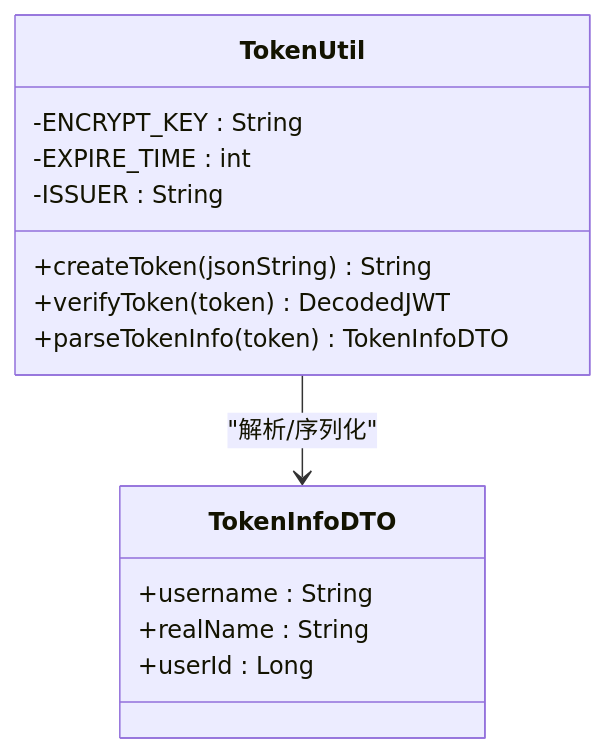
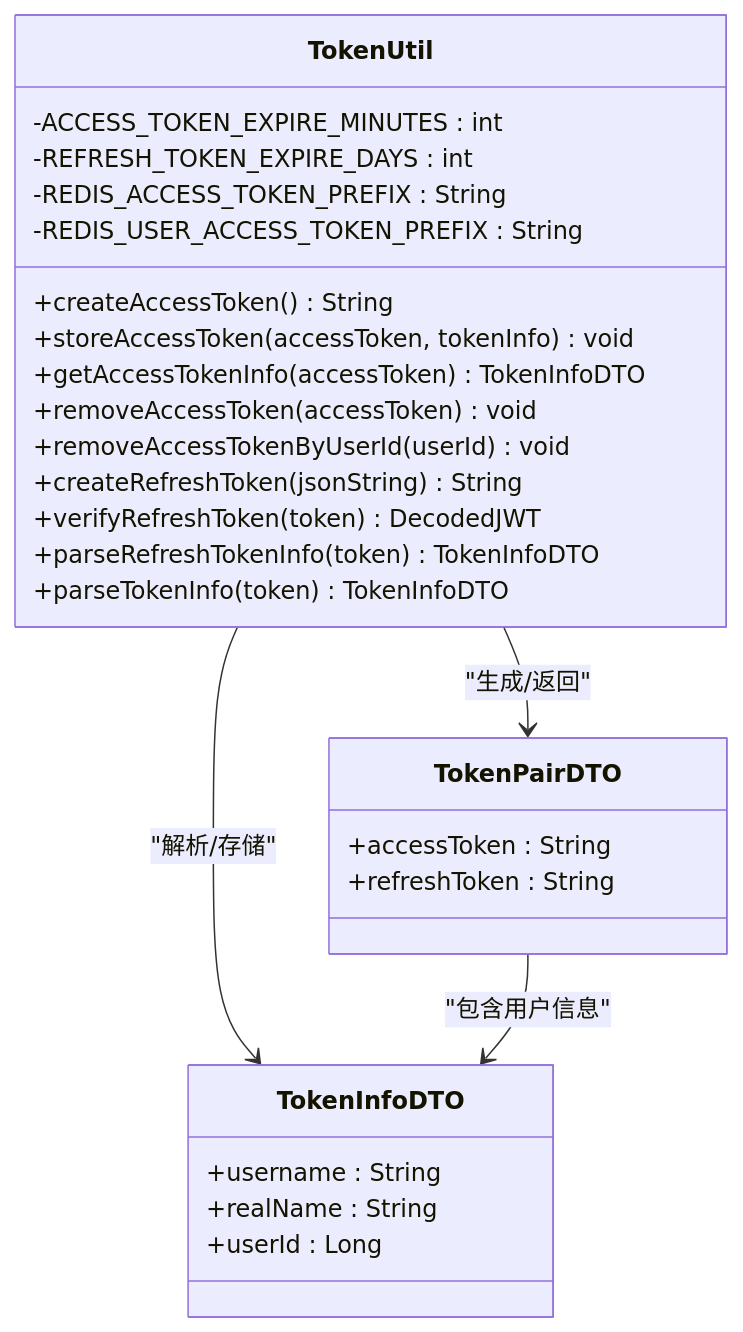
Before and after one commit to liftp/chat_simple: the third of 10 diagrams in .qoder/repowiki/zh/content/安全与认证/JWT认证机制.md, drawn with Mermaid. The commit also changed other lines of this file and 6 other files, not shown here.

````diff
--- a/.qoder/repowiki/zh/content/安全与认证/JWT认证机制.md
+++ b/.qoder/repowiki/zh/content/安全与认证/JWT认证机制.md
@@ -157,17 +183,30 @@
 ```mermaid
 classDiagram
 class TokenUtil {
-+createToken(jsonString) String
-+verifyToken(token) DecodedJWT
++createAccessToken() String
++storeAccessToken(accessToken, tokenInfo) void
++getAccessTokenInfo(accessToken) TokenInfoDTO
++removeAccessToken(accessToken) void
++removeAccessTokenByUserId(userId) void
++createRefreshToken(jsonString) String
++verifyRefreshToken(token) DecodedJWT
++parseRefreshTokenInfo(token) TokenInfoDTO
 +parseTokenInfo(token) TokenInfoDTO
--ENCRYPT_KEY : String
--EXPIRE_TIME : int
--ISSUER : String
+-ACCESS_TOKEN_EXPIRE_MINUTES : int
+-REFRESH_TOKEN_EXPIRE_DAYS : int
+-REDIS_ACCESS_TOKEN_PREFIX : String
+-REDIS_USER_ACCESS_TOKEN_PREFIX : String
+}
+class TokenPairDTO {
++accessToken : String
++refreshToken : String
 }
 class TokenInfoDTO {
 +username : String
 +realName : String
 +userId : Long
 }
-TokenUtil --> TokenInfoDTO : "解析/序列化"
+TokenUtil --> TokenPairDTO : "生成/返回"
+TokenUtil --> TokenInfoDTO : "解析/存储"
+TokenPairDTO --> TokenInfoDTO : "包含用户信息"
 ```
````
